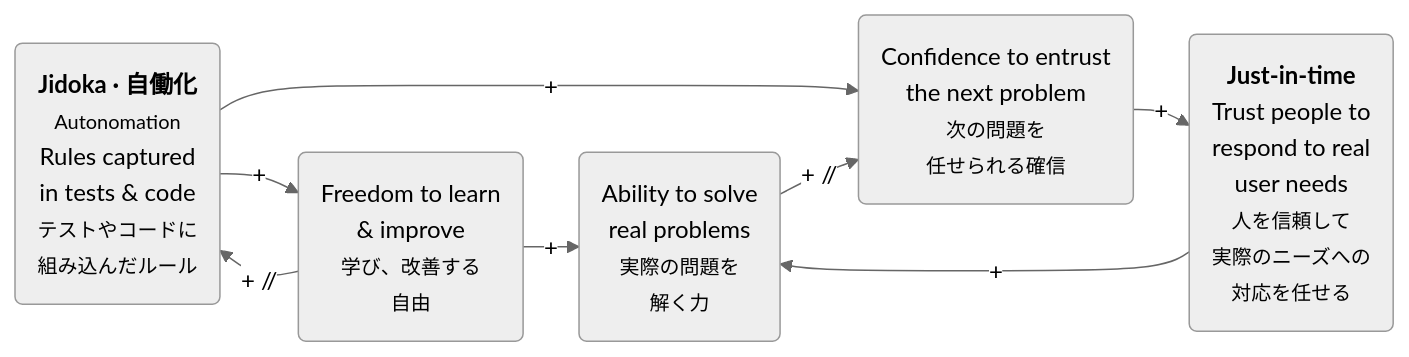
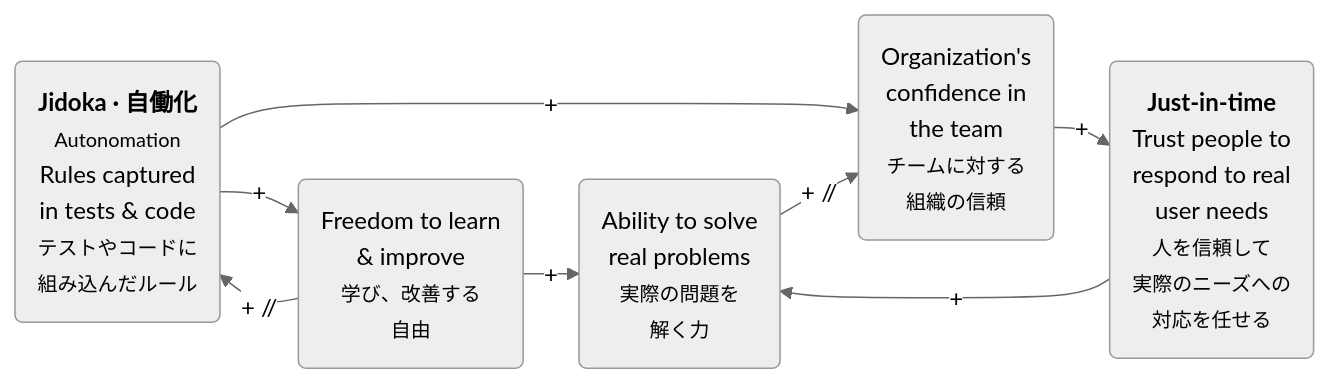
Before and after one commit to terryyin/terry-talks: the third of 3 diagrams in slides/tps-and-ai/slides.md, drawn with Mermaid (neutral theme). The commit also changed other lines of this file, not shown here.

Commit message:
Name the organization in the confidence loop

````diff
--- a/slides/tps-and-ai/slides.md
+++ b/slides/tps-and-ai/slides.md
@@ -1415,18 +1415,18 @@
 ```mermaid
 %%{init: {'flowchart': {'rankSpacing': 28, 'nodeSpacing': 25}}}%%
 flowchart LR
   EJ(<b>Jidoka · 自働化</b><br><small>Autonomation</small><br>Rules captured<br>in tests & code<br><small>テストやコードに<br>組み込んだルール</small>)
   AA(Freedom to learn<br>& improve<br><small>学び、改善する<br>自由</small>)
   CAP(Ability to solve<br>real problems<br><small>実際の問題を<br>解く力</small>)
-  WT(Confidence to entrust<br>the next problem<br><small>次の問題を<br>任せられる確信</small>)
+  WT(Organization's<br>confidence in<br>the team<br><small>チームに対する<br>組織の信頼</small>)
   PULL(<b>Just-in-time</b><br>Trust people to<br>respond to real<br>user needs<br><small>人を信頼して<br>実際のニーズへの<br>対応を任せる</small>)
 
   EJ -->|"+"| AA
   AA -->|"+ //"| EJ
   AA -->|"+"| CAP
   EJ -->|"+"| WT
   CAP -->|"+ //"| WT
   WT -->|"+"| PULL
   PULL -->|"+"| CAP
   class AA,PULL accent
 ```
````
